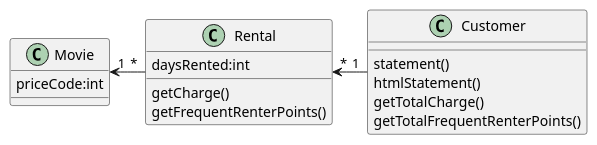
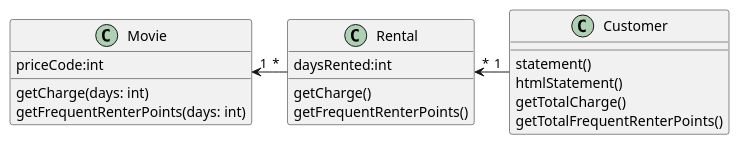
The second of 3 diagrams in docs/src/spec/video_rental.adoc (hiroshima-arc/re_zero_tdd), drawn with PlantUML before and after one commit. The commit also changed 4 other files, not shown here.

```diff
--- a/docs/src/spec/video_rental.adoc
+++ b/docs/src/spec/video_rental.adoc
@@ -40,19 +40,21 @@
 [plantuml]
 ----
 class Movie {
   priceCode:int
+  getCharge(days: int)
+  getFrequentRenterPoints(days: int)
 }
 class Rental {
   daysRented:int
   getCharge()
   getFrequentRenterPoints()
 }
 class Customer {
   statement()
   htmlStatement()
   getTotalCharge()
   getTotalFrequentRenterPoints()
 }
 Movie "1"<-"*" Rental
 Rental "*"<-"1" Customer
 ----
```
